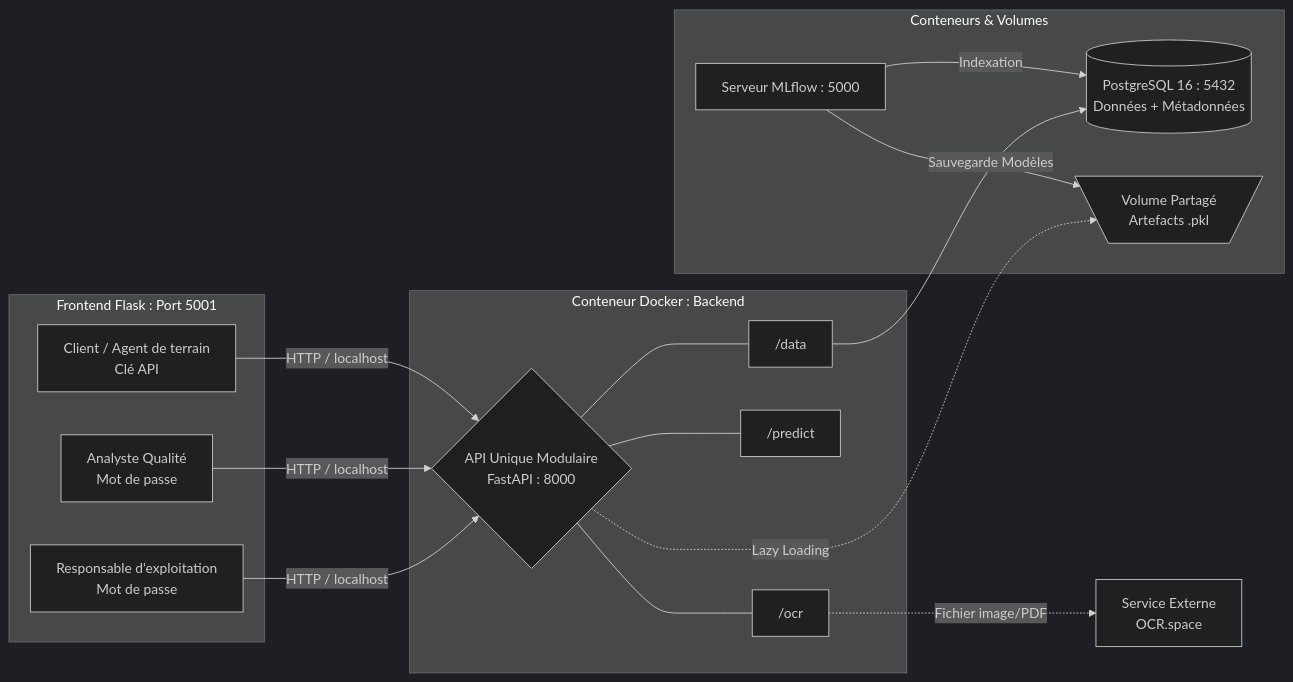
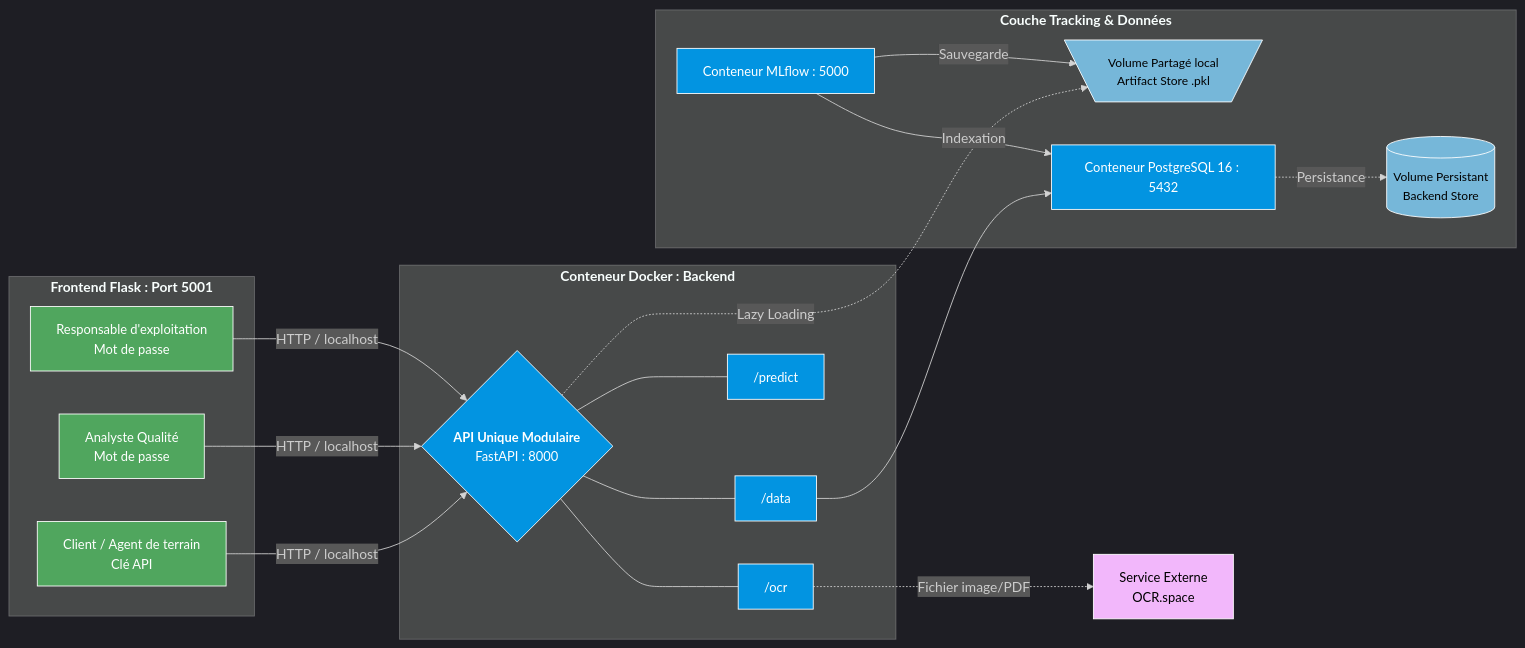
The diagram in docs/archi.mmd (bruno-coulet/drink_safe), drawn with Mermaid before and after one commit. The commit also changed 11 other files, not shown here.

```diff
--- a/docs/archi.mmd
+++ b/docs/archi.mmd
@@ -1,35 +1,49 @@
 ---
 config:
   theme: dark
 ---
 graph LR
-    subgraph Frontend Flask : Port 5001
-        Exploitation[Responsable d'exploitation<br/>Mot de passe]
-        Analystes[Analyste Qualité<br/>Mot de passe]
-        Client[Client / Agent de terrain<br/>Clé API]
+    %% Définition des classes avec polices agrandies
+    classDef front fill:#50a65e,stroke:#fff,stroke-width:1px,color:#fff,font-size:15px;
+    classDef conteneur fill:#0294e1,stroke:#fff,stroke-width:1px,color:#fff,font-size:15px;
+    classDef volume fill:#76b7d9,stroke:#fff,stroke-width:1px,color:#000,font-size:14px;
+    classDef externe fill:#f2b7fb,stroke:#fff,stroke-width:1px,color:#000,font-size:15px;
+
+    subgraph FRONT ["<span style='font-size:16px; font-weight:bold;'>Frontend Flask : Port 5001</span>"]
+        Exploitation[Responsable d'exploitation<br/>Mot de passe]:::front
+        Analystes[Analyste Qualité<br/>Mot de passe]:::front
+        Client[Client / Agent de terrain<br/>Clé API]:::front
     end
-    subgraph Conteneur Docker : Backend
-        API{API Unique Modulaire<br/>FastAPI : 8000}
-        R_Data[ /data ]
-        R_Predict[ /predict ]
-        R_OCR[ /ocr ]
-        
+
+    subgraph BACK ["<span style='font-size:16px; font-weight:bold;'>Conteneur Docker : Backend</span>"]
+        API{<b>API Unique Modulaire</b><br/>FastAPI : 8000}:::conteneur
+        R_Data[ /data ]:::conteneur
+        R_Predict[ /predict ]:::conteneur
+        R_OCR[ /ocr ]:::conteneur
+
         API --- R_Data
         API --- R_Predict
         API --- R_OCR
     end
-    subgraph Conteneurs & Volumes
-        MLflow[Serveur MLflow : 5000]
-        DB[(PostgreSQL 16 : 5432<br/>Données + Métadonnées)]
-        Vol_ML[\Volume Partagé<br/>Artefacts .pkl/]
+
+    subgraph DATA ["<span style='font-size:16px; font-weight:bold;'>Couche Tracking & Données</span>"]
+        MLflow[Conteneur MLflow : 5000]:::conteneur
+        Vol_ML[\Volume Partagé local<br/>Artifact Store .pkl/]:::volume
+
+        DB_Cont[Conteneur PostgreSQL 16 : 5432]:::conteneur
+        DB_Vol[(Volume Persistant<br/>Backend Store)]:::volume
+
+        MLflow -- Indexation --> DB_Cont
+        MLflow -- Sauvegarde --> Vol_ML
+        DB_Cont -. Persistance .-> DB_Vol
     end
-    OCR[Service Externe<br/>OCR.space]
+
+    OCR[Service Externe<br/>OCR.space]:::externe
+
     Exploitation -- HTTP / localhost --> API
     Analystes -- HTTP / localhost --> API
     Client -- HTTP / localhost --> API
-    R_Data --> DB
+
+    R_Data --> DB_Cont
     API -. Lazy Loading .-> Vol_ML
     R_OCR -. Fichier image/PDF .-> OCR
-    
-    MLflow -- Indexation --> DB
-    MLflow -- Sauvegarde Modèles --> Vol_ML
```
